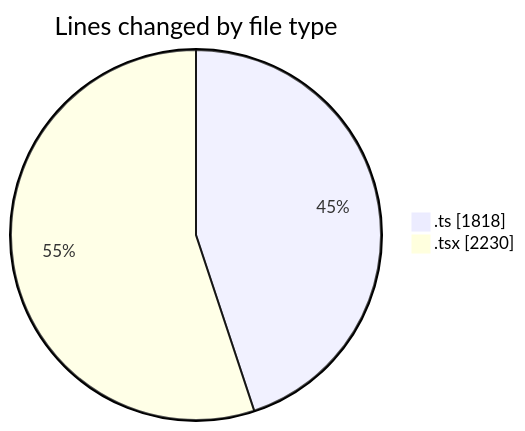
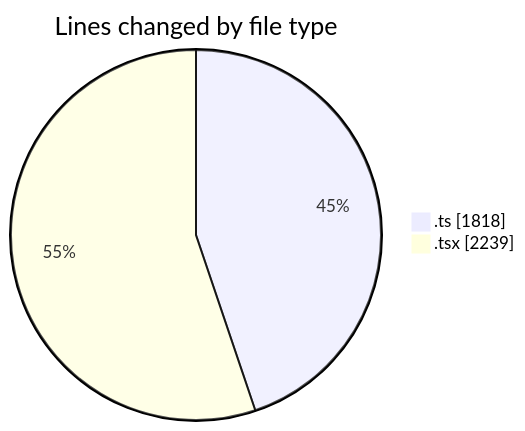
One commit to nxtqubesakshisongat/code-tracking changed the first of 2 diagrams in 2026-03-13/nxtqube_webapp/README.md. Above: the diagram before and after it, drawn with Mermaid. The commit also changed other lines of this file and 1 other file, not shown here.

````diff
--- a/2026-03-13/nxtqube_webapp/README.md
+++ b/2026-03-13/nxtqube_webapp/README.md
@@ -21,6 +21,6 @@
 ```mermaid
 pie showData
 title Lines changed by file type
 ".ts" : 1818
-".tsx" : 2230
+".tsx" : 2239
 ```
````
